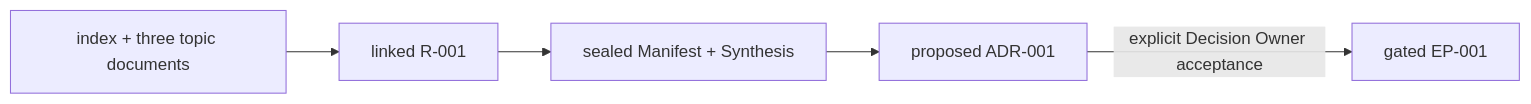
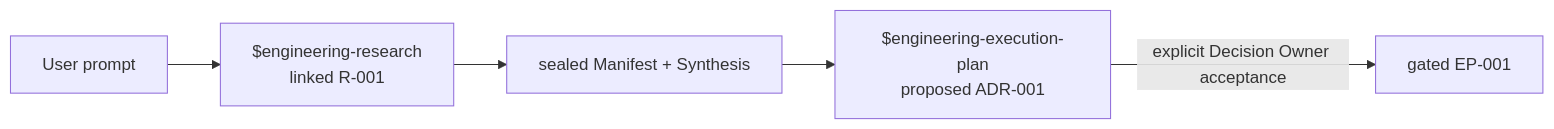
Before and after one commit to XiaoWeiKIN/RepoFoundryAI: the second of 5 diagrams in README.md, drawn with Mermaid. The commit also changed other lines of this file and 5 other files, not shown here.

````diff
--- a/README.md
+++ b/README.md
@@ -374,7 +249,7 @@
 ```mermaid
 flowchart LR
-    C["index + three topic documents"] --> R["linked R-001"]
+    P["User prompt"] --> R["$engineering-research<br/>linked R-001"]
     R --> S["sealed Manifest + Synthesis"]
-    S --> A["proposed ADR-001"]
+    S --> A["$engineering-execution-plan<br/>proposed ADR-001"]
     A -->|"explicit Decision Owner acceptance"| E["gated EP-001"]
 ```
````
